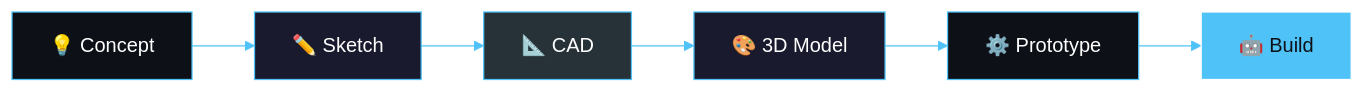
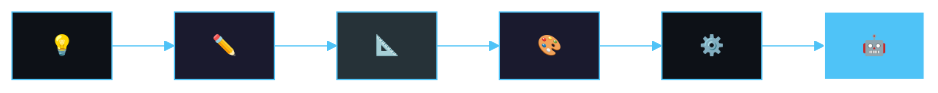
Before and after one commit to nasblor/nasblor: the third of 3 diagrams in readme.md, drawn with Mermaid. The commit also changed other lines of this file, not shown here.

````diff
--- a/readme.md
+++ b/readme.md
@@ -64,11 +101,11 @@
 ```mermaid
 %%{init: {'theme': 'base', 'themeVariables': { 'primaryColor': '#1a1a2e', 'primaryTextColor': '#fff', 'lineColor': '#4FC3F7'}}}%%
 flowchart LR
-    A[💡 Concept] --> B[✏️ Sketch] --> C[📐 CAD] --> D[🎨 3D Model] --> E[⚙️ Prototype] --> F[🤖 Build]
+    A[💡] --> B[✏️] --> C[📐] --> D[🎨] --> E[⚙️] --> F[🤖]
     style A fill:#0D1117,stroke:#4FC3F7,color:#fff
     style B fill:#1a1a2e,stroke:#4FC3F7,color:#fff
     style C fill:#263238,stroke:#4FC3F7,color:#fff
     style D fill:#1a1a2e,stroke:#4FC3F7,color:#fff
     style E fill:#0D1117,stroke:#4FC3F7,color:#fff
     style F fill:#4FC3F7,stroke:#fff,color:#0D1117
 ```
````
